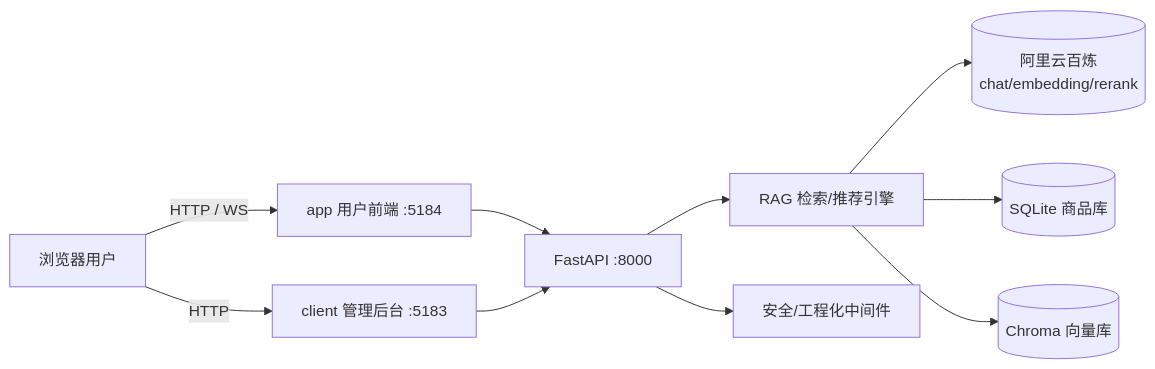
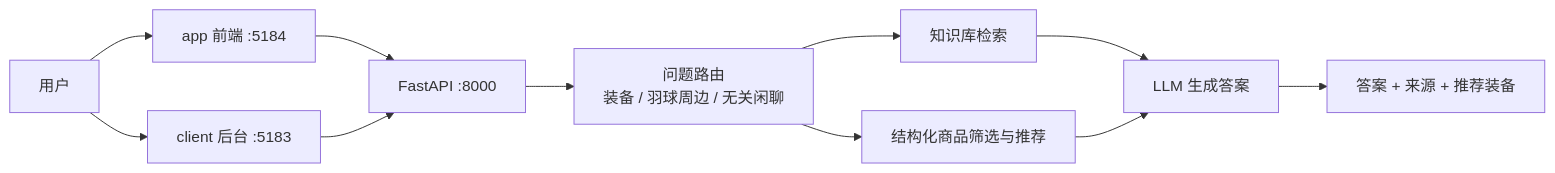
Before and after one commit to FFF-7777/BadmintonGear-AI: the first of 2 diagrams in README.md, drawn with Mermaid. The commit also changed other lines of this file and 34 other files, not shown here.

````diff
--- a/README.md
+++ b/README.md
@@ -72,12 +47,13 @@
 ```mermaid
 flowchart LR
-    U[浏览器用户] -->|HTTP / WS| APP[app 用户前端 :5184]
-    U -->|HTTP| CLI[client 管理后台 :5183]
-    APP --> API[FastAPI :8000]
-    CLI --> API
-    API --> RAG[RAG 检索/推荐引擎]
-    API --> MID[安全/工程化中间件]
-    RAG --> LLM[(阿里云百炼<br/>chat/embedding/rerank)]
-    RAG --> SQL[(SQLite 商品库)]
-    RAG --> VEC[(Chroma 向量库)]
+    U["用户"] --> APP["app 前端 :5184"]
+    U --> ADMIN["client 后台 :5183"]
+    APP --> API["FastAPI :8000"]
+    ADMIN --> API
+    API --> ROUTER["问题路由<br/>装备 / 羽球周边 / 无关闲聊"]
+    ROUTER --> RAG["知识库检索"]
+    ROUTER --> REC["结构化商品筛选与推荐"]
+    RAG --> LLM["LLM 生成答案"]
+    REC --> LLM
+    LLM --> OUT["答案 + 来源 + 推荐装备"]
 ```
````
